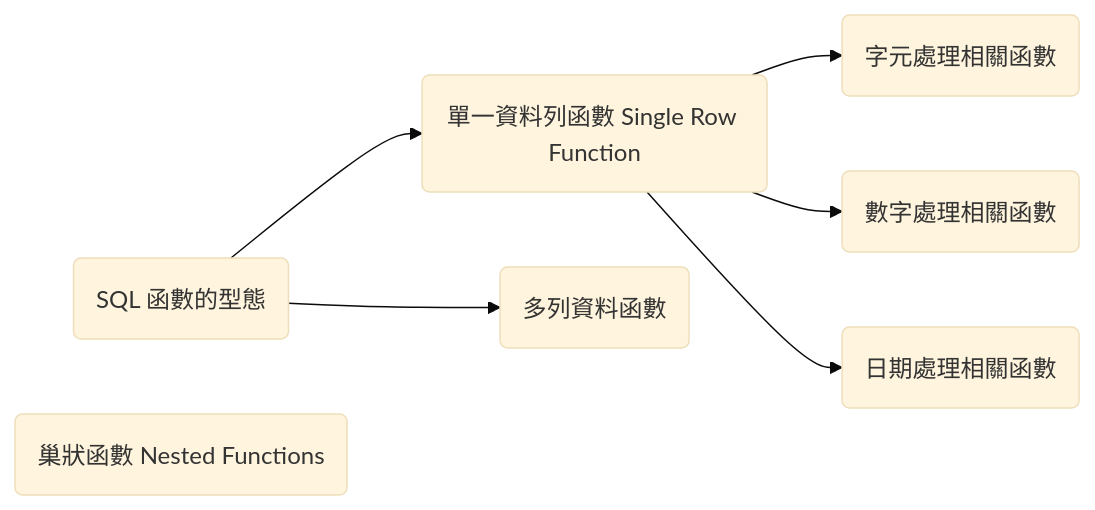
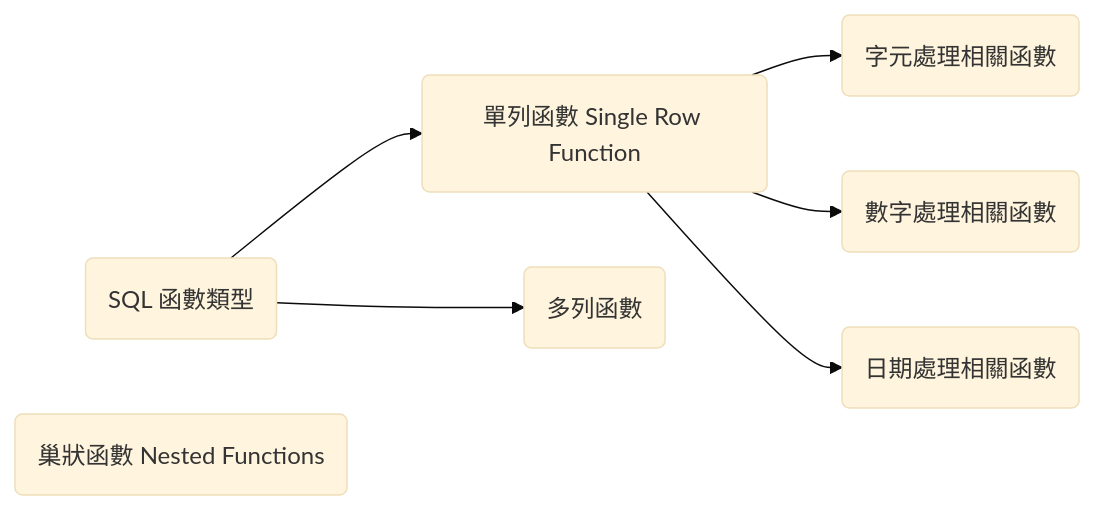
The diagram in course_practices/ws1-u04_ch.md (hychen39/oce_sql), drawn with Mermaid (base theme) before and after one commit. The commit also changed other lines of this file and 18 other files, not shown here.

````diff
--- a/course_practices/ws1-u04_ch.md
+++ b/course_practices/ws1-u04_ch.md
@@ -16,11 +16,11 @@
 ```mermaid
 graph LR;
-TypeSQLFun("SQL 函數的型態")-->SingleRow("單一資料列函數 Single Row Function")
-TypeSQLFun-->MultipleRow("多列資料函數")
+TypeSQLFun("SQL 函數類型")-->SingleRow("單列函數 Single Row Function")
+TypeSQLFun-->MultipleRow("多列函數")
 
 SingleRow-->CharFun("字元處理相關函數")
 SingleRow-->NumFun("數字處理相關函數")
 SingleRow-->DateFun("日期處理相關函數")
 
 NestFun("巢狀函數 Nested Functions")
 ```
````
